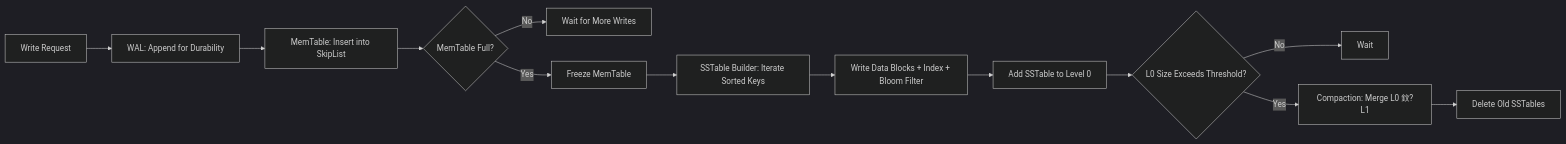
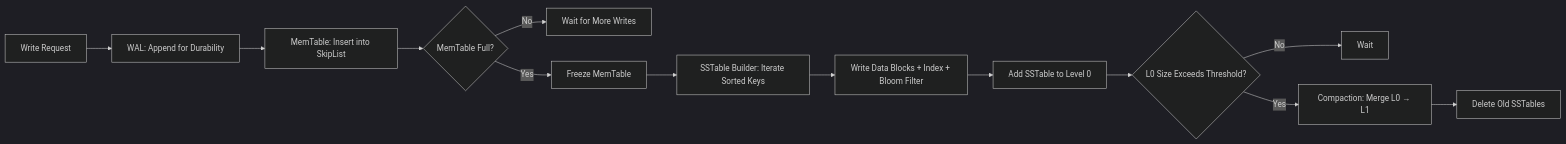
The first of 3 diagrams in deepvector/course/ch05_lsm_tree/05_LSM-Tree存储引擎_en.md (Thezx-a/LumenDB), drawn with Mermaid (dark theme) before and after one commit. The commit also changed other lines of this file and 91 other files, not shown here.

````diff
--- a/deepvector/course/ch05_lsm_tree/05_LSM-Tree存储引擎_en.md
+++ b/deepvector/course/ch05_lsm_tree/05_LSM-Tree存储引擎_en.md
@@ -87,15 +87,15 @@
 ```mermaid
 graph LR
     A[Write Request] --> B[WAL: Append for Durability]
     B --> C[MemTable: Insert into SkipList]
     C --> D{MemTable Full?}
     D -->|No| E[Wait for More Writes]
     D -->|Yes| F[Freeze MemTable]
     F --> G[SSTable Builder: Iterate Sorted Keys]
     G --> H[Write Data Blocks + Index + Bloom Filter]
     H --> I[Add SSTable to Level 0]
     I --> J{L0 Size Exceeds Threshold?}
     J -->|No| K[Wait]
-    J -->|Yes| L[Compaction: Merge L0 鈫?L1]
+    J -->|Yes| L[Compaction: Merge L0 → L1]
     L --> M[Delete Old SSTables]
 ```
````
